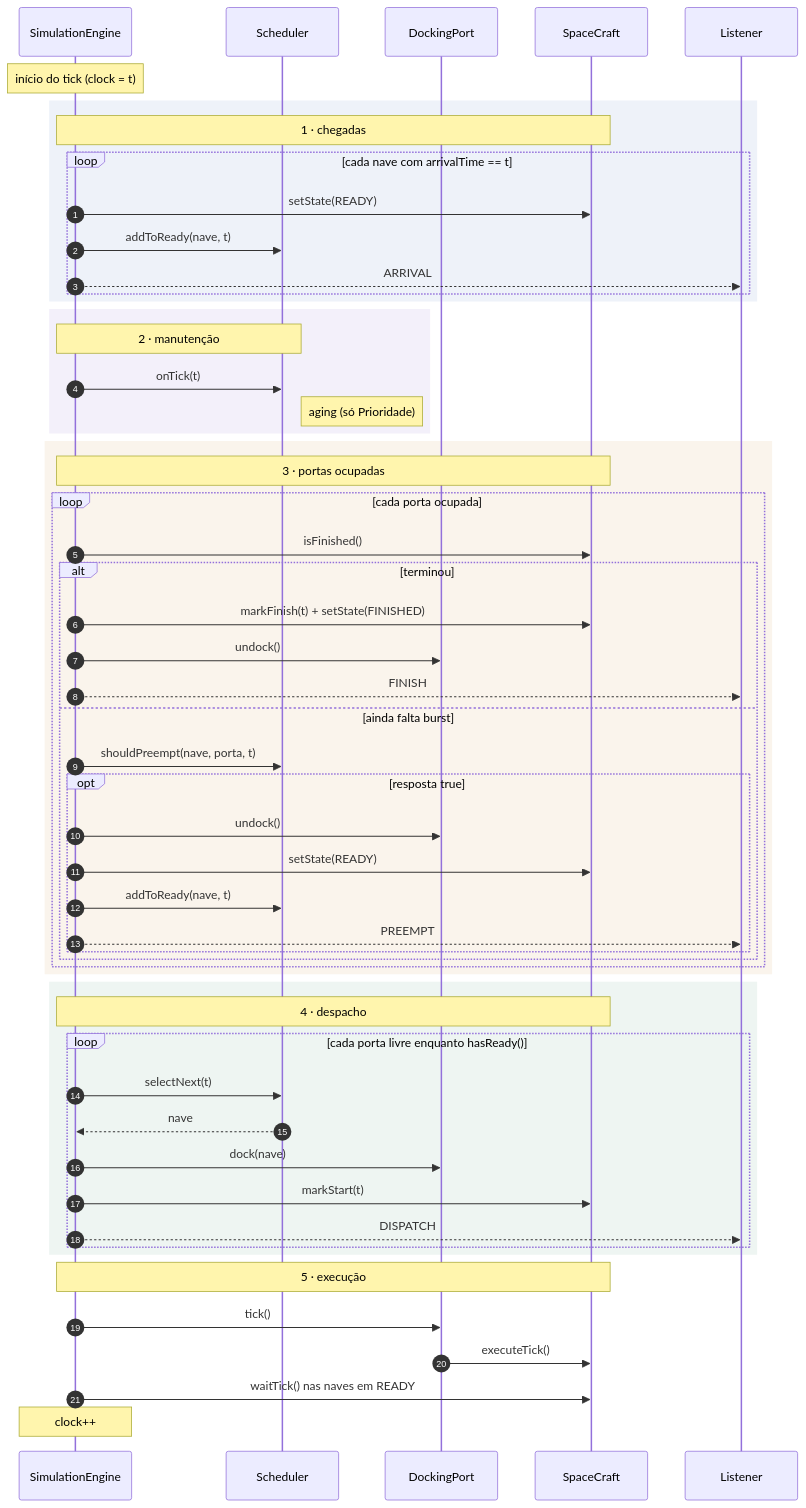
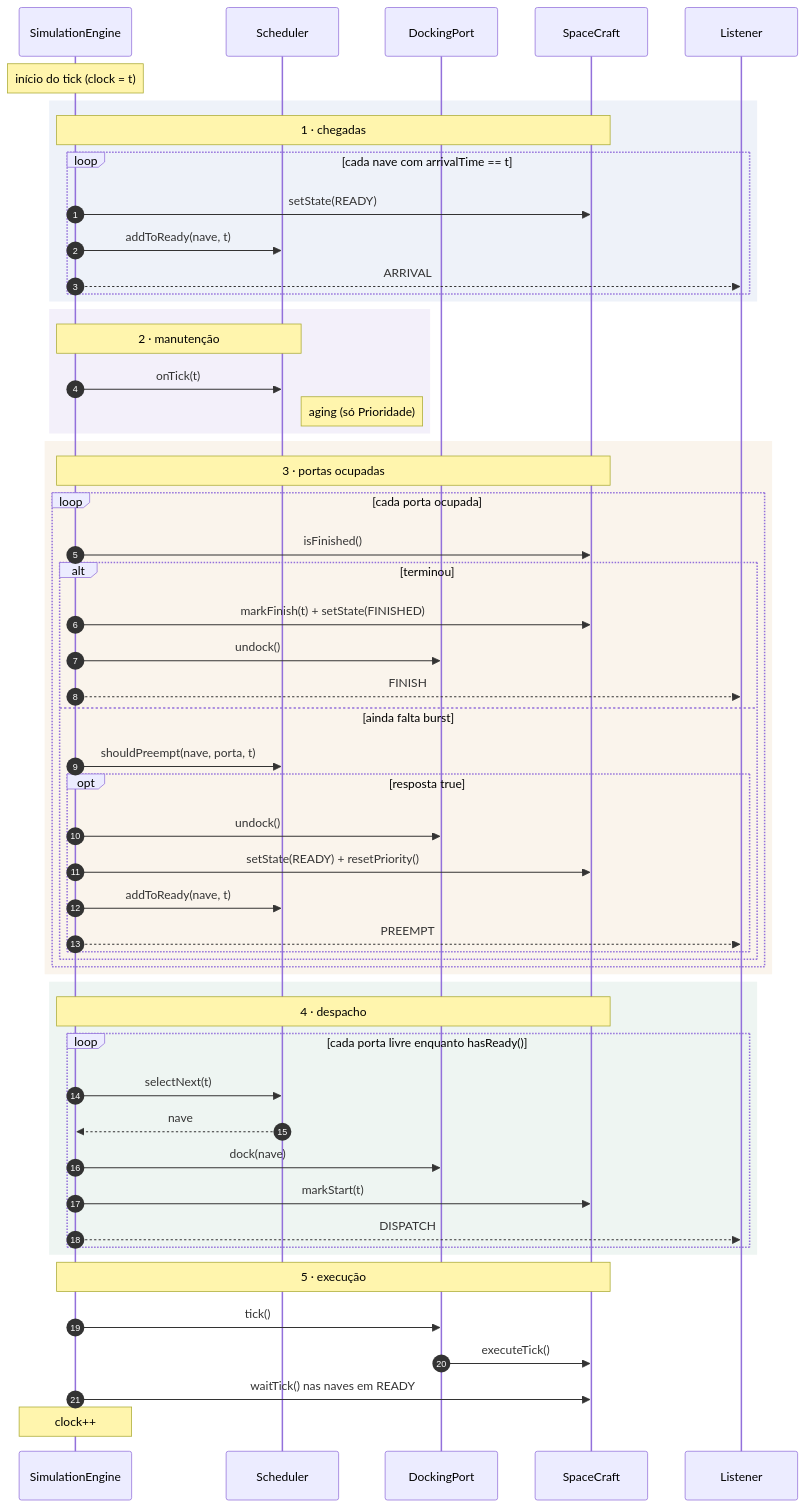
One commit to Felipe-Tagawa/Promethean changed the fifth of 6 diagrams in docs/uml/README.md. Above: the diagram before and after it, drawn with Mermaid. The commit also changed other lines of this file and 1 other file, not shown here.

````diff
--- a/docs/uml/README.md
+++ b/docs/uml/README.md
@@ -359,63 +360,63 @@
 ```mermaid
 sequenceDiagram
     autonumber
     participant E as SimulationEngine
     participant S as Scheduler
     participant P as DockingPort
     participant N as SpaceCraft
     participant L as Listener
 
     Note over E: início do tick (clock = t)
 
     rect rgba(47, 86, 176, 0.08)
     Note over E,N: 1 · chegadas
     loop cada nave com arrivalTime == t
         E->>N: setState(READY)
         E->>S: addToReady(nave, t)
         E-->>L: ARRIVAL
     end
     end
 
     rect rgba(107, 63, 184, 0.08)
     Note over E,S: 2 · manutenção
     E->>S: onTick(t)
     Note right of S: aging (só Prioridade)
     end
 
     rect rgba(184, 110, 18, 0.08)
     Note over E,N: 3 · portas ocupadas
     loop cada porta ocupada
         E->>N: isFinished()
         alt terminou
             E->>N: markFinish(t) + setState(FINISHED)
             E->>P: undock()
             E-->>L: FINISH
         else ainda falta burst
             E->>S: shouldPreempt(nave, porta, t)
             opt resposta true
                 E->>P: undock()
-                E->>N: setState(READY)
+                E->>N: setState(READY) + resetPriority()
                 E->>S: addToReady(nave, t)
                 E-->>L: PREEMPT
             end
         end
     end
     end
 
     rect rgba(47, 130, 90, 0.08)
     Note over E,N: 4 · despacho
     loop cada porta livre enquanto hasReady()
         E->>S: selectNext(t)
         S-->>E: nave
         E->>P: dock(nave)
         E->>N: markStart(t)
         E-->>L: DISPATCH
     end
     end
 
     Note over E,N: 5 · execução
     E->>P: tick()
     P->>N: executeTick()
     E->>N: waitTick() nas naves em READY
     Note over E: clock++
 ```
````
